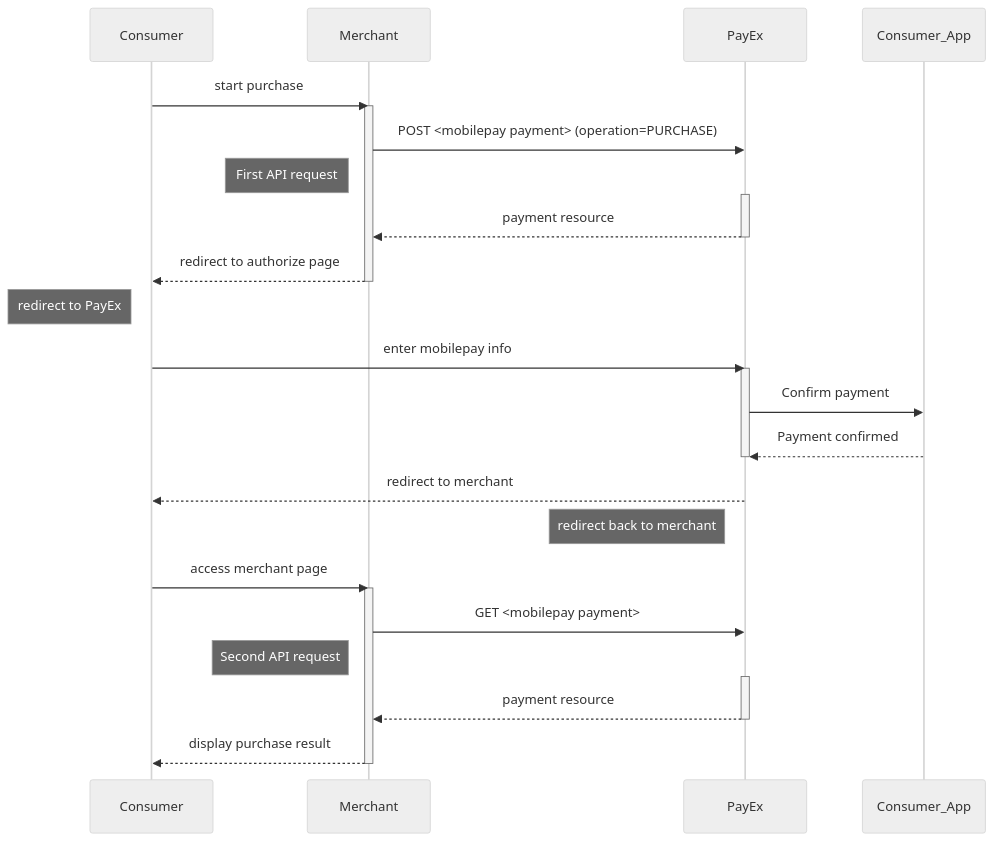
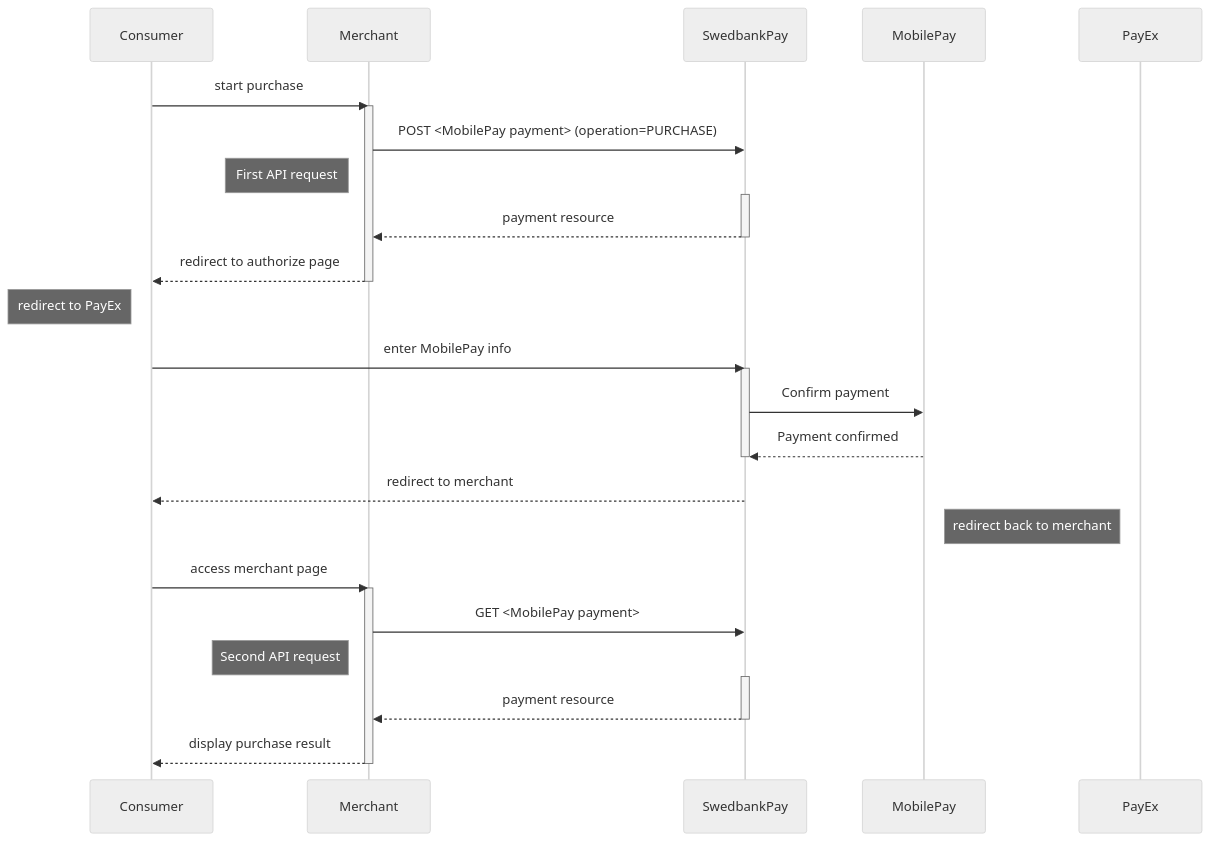
Before and after one commit to SwedbankPay/developer.swedbankpay.com: the diagram in payments/mobile-pay/redirect.md, drawn with Mermaid (neutral theme). The commit also changed other lines of this file, not shown here.

Commit message:
dx-505 removed seq diagram and fixed old diagram

````diff
--- a/payments/mobile-pay/redirect.md
+++ b/payments/mobile-pay/redirect.md
@@ -71,32 +69,32 @@
 ```mermaid
 sequenceDiagram
   Consumer->>Merchant: start purchase
   Activate Merchant
-  Merchant->>PayEx: POST <mobilepay payment> (operation=PURCHASE)
+  Merchant->>SwedbankPay: POST <MobilePay payment> (operation=PURCHASE)
   note left of Merchant: First API request
-  Activate PayEx
-  PayEx-->>Merchant: payment resource
-  Deactivate PayEx
+  Activate SwedbankPay
+  SwedbankPay-->>Merchant: payment resource
+  Deactivate SwedbankPay
   Merchant-->>Consumer: redirect to authorize page
   Deactivate Merchant
   note left of Consumer: redirect to PayEx
 
-  Consumer->>PayEx: enter mobilepay info
-  Activate PayEx
-  PayEx->>Consumer_App: Confirm payment
-  Consumer_App-->>PayEx: Payment confirmed
-  Deactivate PayEx
+  Consumer->>SwedbankPay: enter MobilePay info
+  Activate SwedbankPay
+  SwedbankPay->>MobilePay: Confirm payment
+  MobilePay-->>SwedbankPay: Payment confirmed
+  Deactivate SwedbankPay
 
-  PayEx-->>Consumer: redirect to merchant
+  SwedbankPay-->>Consumer: redirect to merchant
   note left of PayEx: redirect back to merchant
 
   Consumer->>Merchant: access merchant page
   Activate Merchant
-  Merchant->>PayEx: GET <mobilepay payment>
+  Merchant->>SwedbankPay: GET <MobilePay payment>
   note left of Merchant: Second API request
-  Activate PayEx
-  PayEx-->>Merchant: payment resource
-  Deactivate PayEx
+  Activate SwedbankPay
+  SwedbankPay-->>Merchant: payment resource
+  Deactivate SwedbankPay
   Merchant-->>Consumer: display purchase result
   Deactivate Merchant
 ```
````
